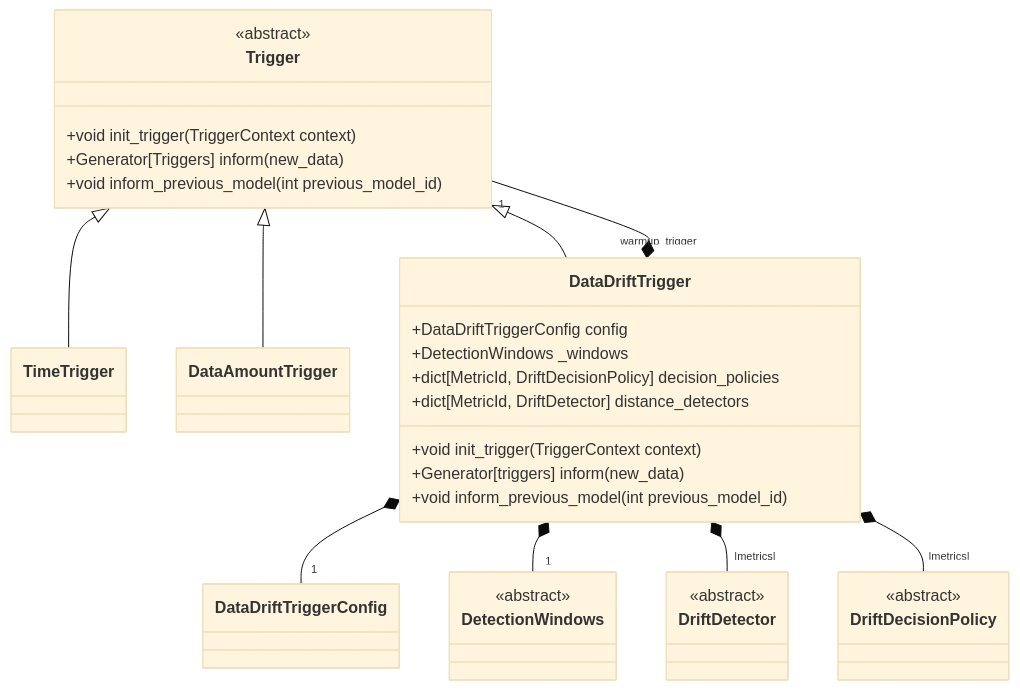
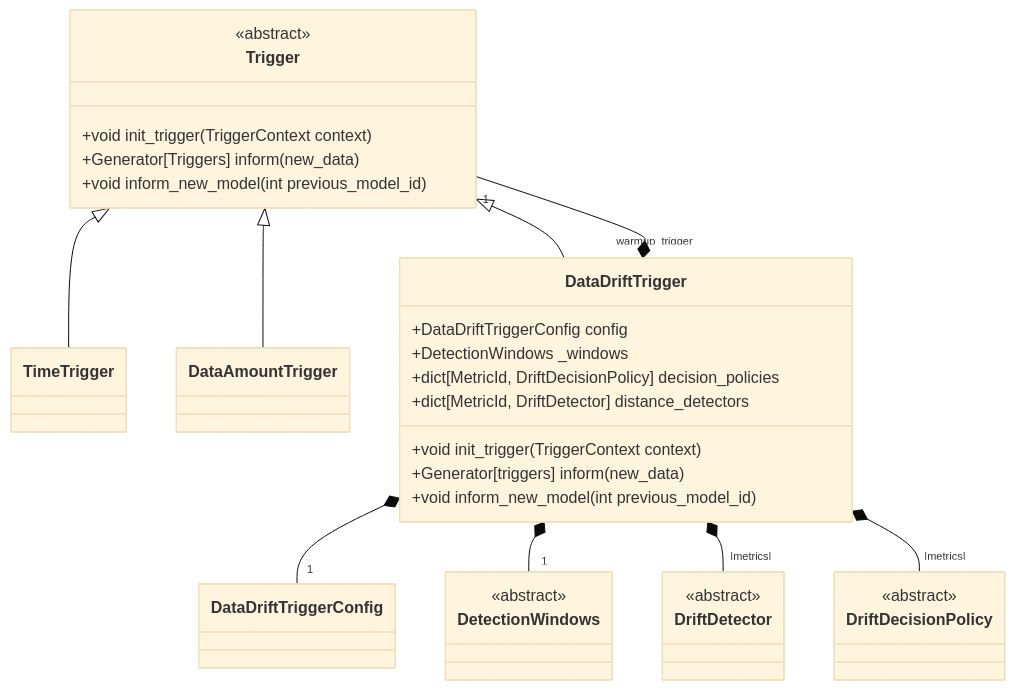
Before and after one commit to eth-easl/modyn: the first of 5 diagrams in docs/pipeline/triggering/DRIFT_TRIGGERS.md, drawn with Mermaid (base theme). The commit also changed 27 other files, not shown here.

````diff
--- a/docs/pipeline/triggering/DRIFT_TRIGGERS.md
+++ b/docs/pipeline/triggering/DRIFT_TRIGGERS.md
@@ -11,50 +11,50 @@
 ```mermaid
 classDiagram
     class DetectionWindows {
         <<abstract>>
     }
 
     class DriftDetector
 
     class Trigger {
         <<abstract>>
         +void init_trigger(TriggerContext context)
         +Generator[Triggers] inform(new_data)
-        +void inform_previous_model(int previous_model_id)
+        +void inform_new_model(int previous_model_id)
     }
 
     class TimeTrigger {
     }
 
     class DataAmountTrigger {
     }
 
     class DriftDetector {
         <<abstract>>
     }
 
     class DataDriftTrigger {
         +DataDriftTriggerConfig config
         +DetectionWindows _windows
         +dict[MetricId, DriftDecisionPolicy] decision_policies
         +dict[MetricId, DriftDetector] distance_detectors
 
         +void init_trigger(TriggerContext context)
         +Generator[triggers] inform(new_data)
-        +void inform_previous_model(int previous_model_id)
+        +void inform_new_model(int previous_model_id)
     }
 
     class DriftDecisionPolicy {
         <<abstract>>
     }
 
     DataDriftTrigger "warmup_trigger" *-- "1" Trigger
     DataDriftTrigger *-- "1" DataDriftTriggerConfig
     DataDriftTrigger *-- "1" DetectionWindows
     DataDriftTrigger *-- "|metrics|" DriftDetector
     DataDriftTrigger *-- "|metrics|" DriftDecisionPolicy
 
     Trigger <|-- DataDriftTrigger
     Trigger <|-- TimeTrigger
     Trigger <|-- DataAmountTrigger
 ```
````
